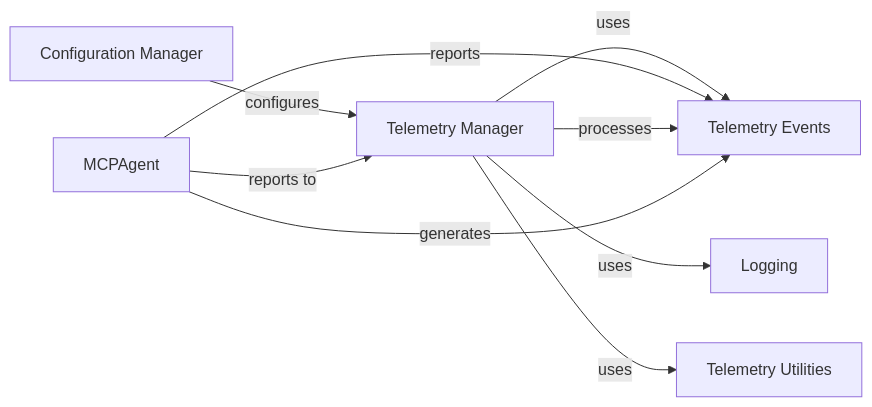
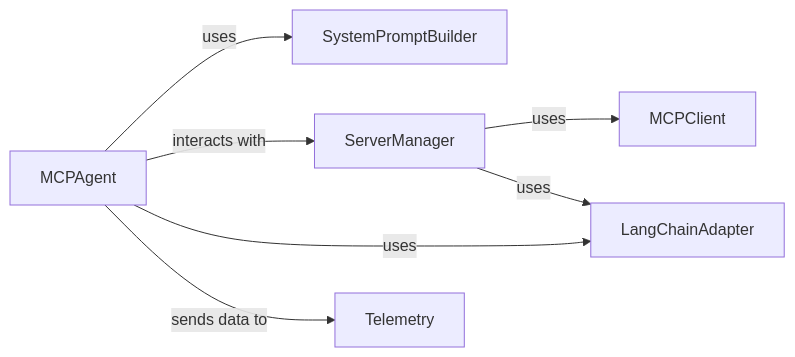
One commit to mcp-use/mcp-use changed the second of 7 diagrams in docs/development/architecture.mdx. Above: the diagram before and after it, drawn with Mermaid. The commit also changed other lines of this file and 24 other files, not shown here.

First line of the commit message:
docs: update codeboarding documentation and generate architecture

````diff
--- a/docs/development/architecture.mdx
+++ b/docs/development/architecture.mdx
@@ -136,17 +124,15 @@
 ```mermaid
 graph LR
-    Telemetry_Manager["Telemetry Manager"]
-    Telemetry_Events["Telemetry Events"]
     MCPAgent["MCPAgent"]
-    Configuration_Manager["Configuration Manager"]
-    Logging["Logging"]
-    Telemetry_Utilities["Telemetry Utilities"]
-    Configuration_Manager -- "configures" --> Telemetry_Manager
-    Telemetry_Manager -- "uses" --> Telemetry_Events
-    MCPAgent -- "reports" --> Telemetry_Events
-    Telemetry_Manager -- "processes" --> Telemetry_Events
-    MCPAgent -- "reports to" --> Telemetry_Manager
-    MCPAgent -- "generates" --> Telemetry_Events
-    Telemetry_Manager -- "uses" --> Logging
-    Telemetry_Manager -- "uses" --> Telemetry_Utilities
+    SystemPromptBuilder["SystemPromptBuilder"]
+    ServerManager["ServerManager"]
+    MCPClient["MCPClient"]
+    LangChainAdapter["LangChainAdapter"]
+    Telemetry["Telemetry"]
+    MCPAgent -- "uses" --> SystemPromptBuilder
+    MCPAgent -- "interacts with" --> ServerManager
+    ServerManager -- "uses" --> MCPClient
+    MCPAgent -- "uses" --> LangChainAdapter
+    MCPAgent -- "sends data to" --> Telemetry
+    ServerManager -- "uses" --> LangChainAdapter
 ```
````
